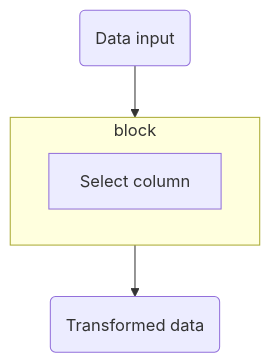
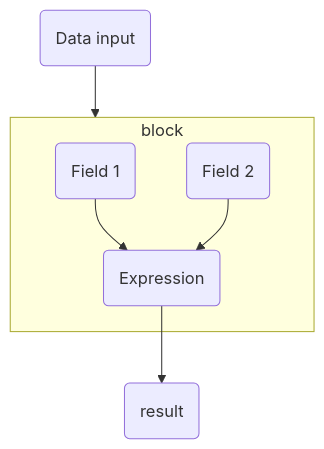
Before and after one commit to BristolMyersSquibb/useR2024: the second of 5 diagrams in index.qmd, drawn with Mermaid. The commit also changed other lines of this file and 4 other files, not shown here.

````diff
--- a/index.qmd
+++ b/index.qmd
@@ -123,10 +171,15 @@
 ```{mermaid}
-%%| fig-width: 2
+%%| mermaid-format: svg
 flowchart TD
   data_in(Data input)
-  data_out(Transformed data)
+  result(result)
   subgraph block
-    select_col[Select column]
+    field1(Field 1)
+    field2(Field 2)
+    field1 --> expr
+    field2 --> expr
+    expr(Expression)
   end
-  data_in --> block --> data_out
+  expr --> result
+  data_in --> block
 ```
````
